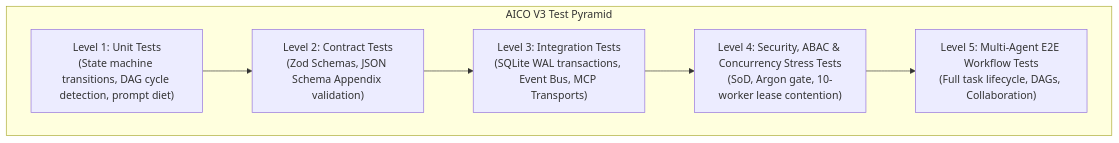
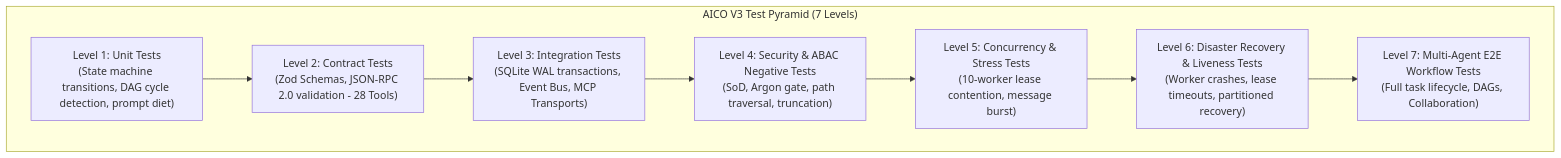
The diagram in docs/blueprint/v3/11_TEST_STRATEGY_ACCEPTANCE_GATES_AND_RELEASE_PLAN.md (kietpro352010/AICO), drawn with Mermaid before and after one commit. The commit also changed other lines of this file and 11 other files, not shown here.

````diff
--- a/docs/blueprint/v3/11_TEST_STRATEGY_ACCEPTANCE_GATES_AND_RELEASE_PLAN.md
+++ b/docs/blueprint/v3/11_TEST_STRATEGY_ACCEPTANCE_GATES_AND_RELEASE_PLAN.md
@@ -17,12 +18,14 @@
 ```mermaid
 flowchart TD
-    subgraph TestPyramid ["AICO V3 Test Pyramid"]
-        E2E["Level 5: Multi-Agent E2E Workflow Tests\n(Full task lifecycle, DAGs, Collaboration)"]
-        SecStress["Level 4: Security, ABAC & Concurrency Stress Tests\n(SoD, Argon gate, 10-worker lease contention)"]
+    subgraph TestPyramid ["AICO V3 Test Pyramid (7 Levels)"]
+        E2E["Level 7: Multi-Agent E2E Workflow Tests\n(Full task lifecycle, DAGs, Collaboration)"]
+        Disaster["Level 6: Disaster Recovery & Liveness Tests\n(Worker crashes, lease timeouts, partitioned recovery)"]
+        Stress["Level 5: Concurrency & Stress Tests\n(10-worker lease contention, message burst)"]
+        Sec["Level 4: Security & ABAC Negative Tests\n(SoD, Argon gate, path traversal, truncation)"]
         Integ["Level 3: Integration Tests\n(SQLite WAL transactions, Event Bus, MCP Transports)"]
-        Contract["Level 2: Contract Tests\n(Zod Schemas, JSON Schema Appendix validation)"]
+        Contract["Level 2: Contract Tests\n(Zod Schemas, JSON-RPC 2.0 validation - 28 Tools)"]
         Unit["Level 1: Unit Tests\n(State machine transitions, DAG cycle detection, prompt diet)"]
     end
 
-    Unit --> Contract --> Integ --> SecStress --> E2E
+    Unit --> Contract --> Integ --> Sec --> Stress --> Disaster --> E2E
 ```
````
